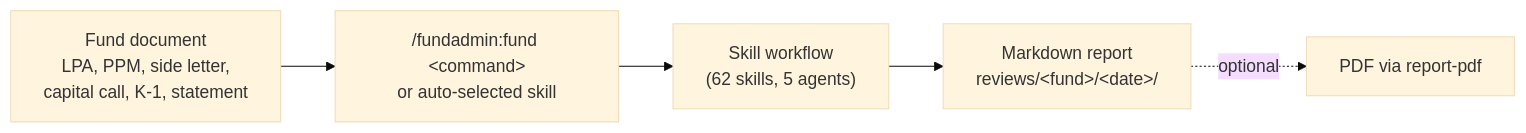
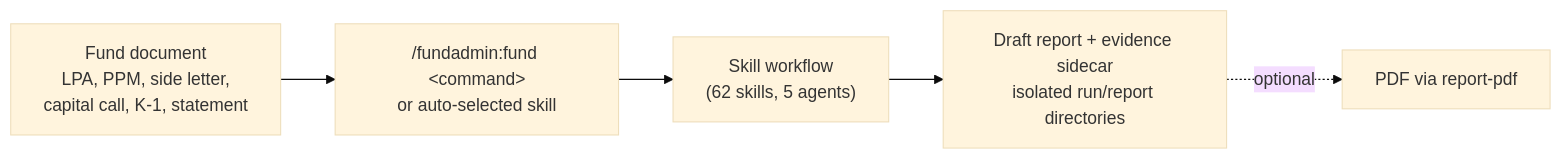
Before and after one commit to davendra/fundadmin-ai-skills: the first of 4 diagrams in README.md, drawn with Mermaid (base theme). The commit also changed other lines of this file and 214 other files, not shown here.

````diff
--- a/README.md
+++ b/README.md
@@ -92,7 +109,7 @@
 ```mermaid
 flowchart LR
     A["Fund document<br/>LPA, PPM, side letter,<br/>capital call, K-1, statement"] --> B["/fundadmin:fund &lt;command&gt;<br/>or auto-selected skill"]
     B --> C["Skill workflow<br/>(62 skills, 5 agents)"]
-    C --> D["Markdown report<br/>reviews/&lt;fund&gt;/&lt;date&gt;/"]
+    C --> D["Draft report + evidence sidecar<br/>isolated run/report directories"]
     D -. optional .-> E["PDF via report-pdf"]
 ```
````
